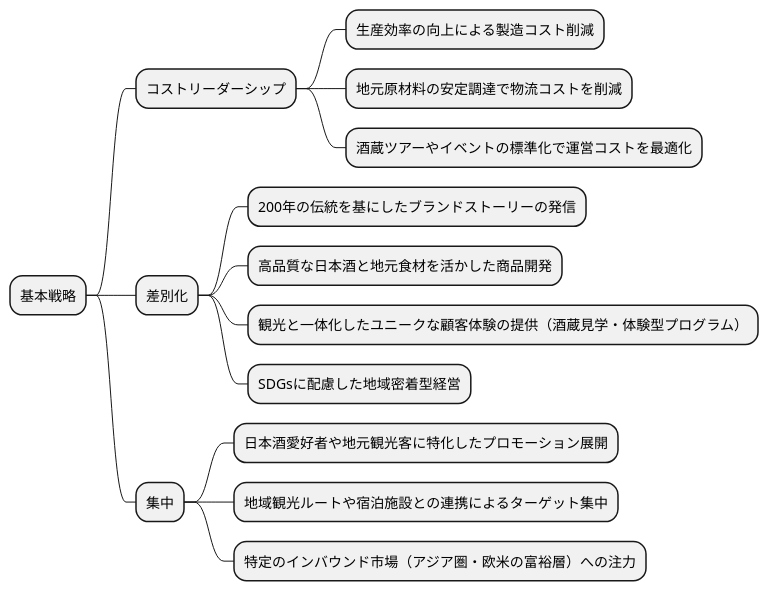
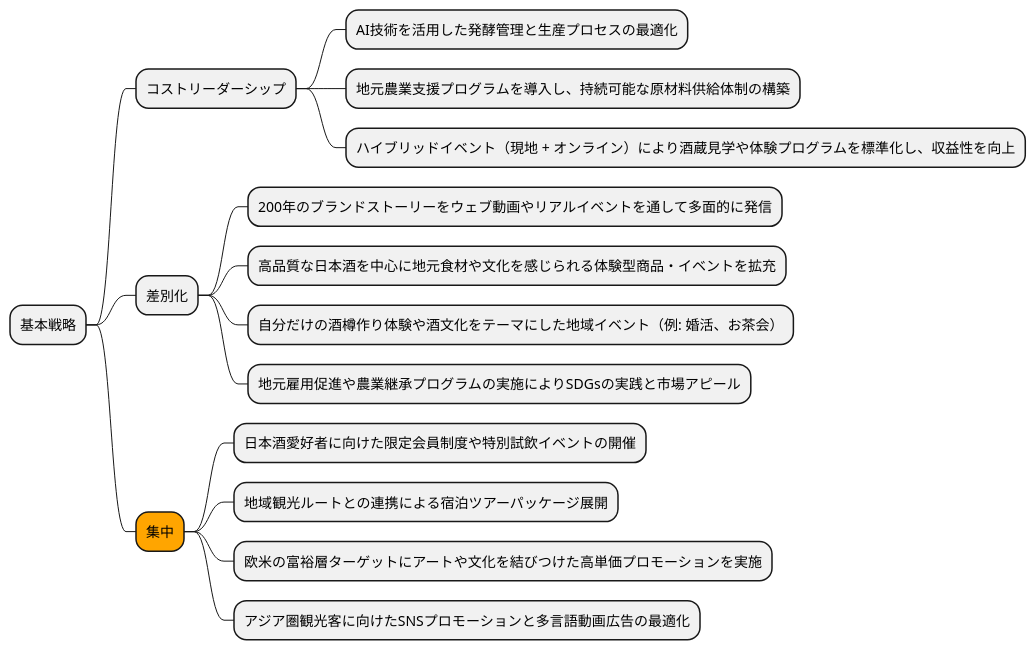
One commit to k2works/case-study-business-analysis changed the eighth of 19 diagrams in docs/case/r02_case_1.adoc. Above: the diagram before and after it, drawn with PlantUML. The commit also changed other lines of this file, not shown here.

```diff
--- a/docs/case/r02_case_1.adoc
+++ b/docs/case/r02_case_1.adoc
@@ -327,21 +341,22 @@
 [plantuml]
 ----
 @startmindmap
 
 * 基本戦略
 ** コストリーダーシップ
-*** 生産効率の向上による製造コスト削減
-*** 地元原材料の安定調達で物流コストを削減
-*** 酒蔵ツアーやイベントの標準化で運営コストを最適化
+*** AI技術を活用した発酵管理と生産プロセスの最適化
+*** 地元農業支援プログラムを導入し、持続可能な原材料供給体制の構築
+*** ハイブリッドイベント（現地 + オンライン）により酒蔵見学や体験プログラムを標準化し、収益性を向上
 ** 差別化
-*** 200年の伝統を基にしたブランドストーリーの発信
-*** 高品質な日本酒と地元食材を活かした商品開発
-*** 観光と一体化したユニークな顧客体験の提供（酒蔵見学・体験型プログラム）
-*** SDGsに配慮した地域密着型経営
-** 集中
-*** 日本酒愛好者や地元観光客に特化したプロモーション展開
-*** 地域観光ルートや宿泊施設との連携によるターゲット集中
-*** 特定のインバウンド市場（アジア圏・欧米の富裕層）への注力
+*** 200年のブランドストーリーをウェブ動画やリアルイベントを通して多面的に発信
+*** 高品質な日本酒を中心に地元食材や文化を感じられる体験型商品・イベントを拡充
+*** 自分だけの酒樽作り体験や酒文化をテーマにした地域イベント（例: 婚活、お茶会）
+*** 地元雇用促進や農業継承プログラムの実施によりSDGsの実践と市場アピール
+**[#orange] 集中
+*** 日本酒愛好者に向けた限定会員制度や特別試飲イベントの開催
+*** 地域観光ルートとの連携による宿泊ツアーパッケージ展開
+*** 欧米の富裕層ターゲットにアートや文化を結びつけた高単価プロモーションを実施
+*** アジア圏観光客に向けたSNSプロモーションと多言語動画広告の最適化
 
 @endmindmap
 ----
```
